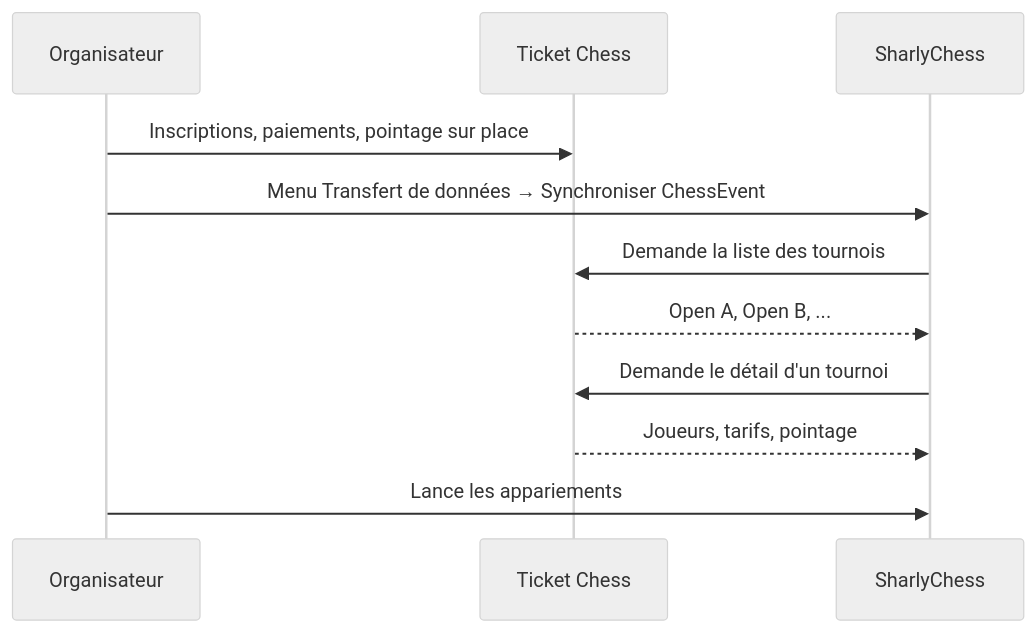
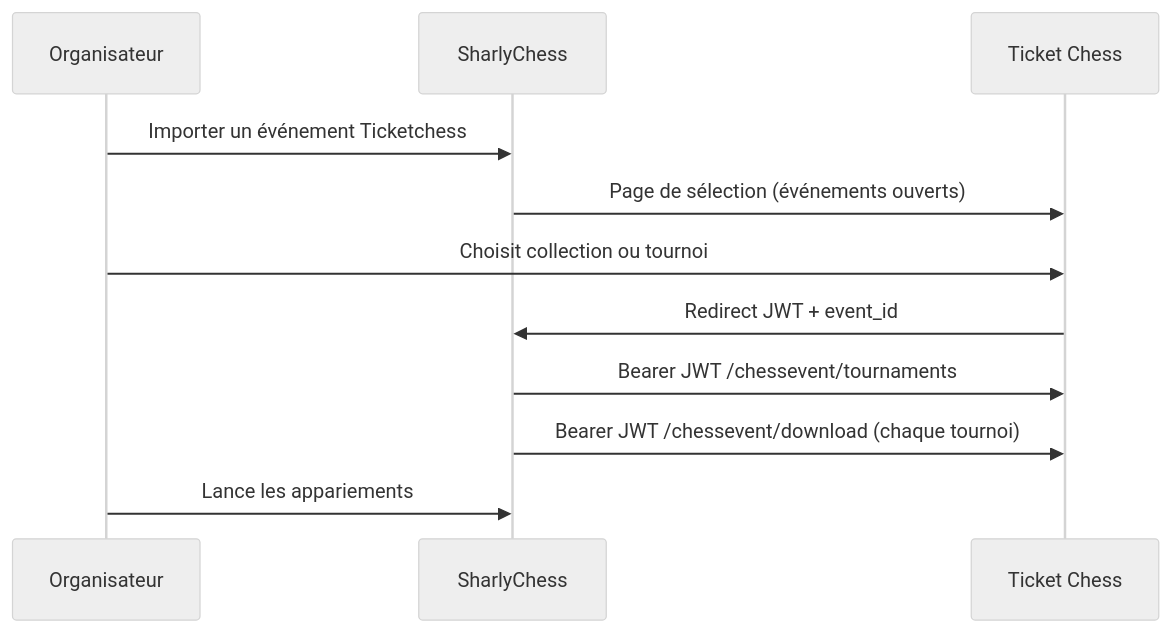
The diagram in src/main/doc/content/SYNCHRO_SHARLYCHESS.md (gcolin/ticketchess), drawn with Mermaid (neutral theme) before and after one commit. The commit also changed other lines of this file and 37 other files, not shown here.

Commit message:
Add Sharly event selection and JWT-secured ChessEvent import

````diff
--- a/src/main/doc/content/SYNCHRO_SHARLYCHESS.md
+++ b/src/main/doc/content/SYNCHRO_SHARLYCHESS.md
@@ -9,14 +9,14 @@
 ```mermaid
 sequenceDiagram
     participant Org as Organisateur
+    participant Sharly as SharlyChess
     participant TC as Ticket Chess
-    participant Sharly as SharlyChess
 
-    Org->>TC: Inscriptions, paiements, pointage sur place
-    Org->>Sharly: Menu Transfert de données → Synchroniser ChessEvent
-    Sharly->>TC: Demande la liste des tournois
-    TC-->>Sharly: Open A, Open B, ...
-    Sharly->>TC: Demande le détail d'un tournoi
-    TC-->>Sharly: Joueurs, tarifs, pointage
+    Org->>Sharly: Importer un événement Ticketchess
+    Sharly->>TC: Page de sélection (événements ouverts)
+    Org->>TC: Choisit collection ou tournoi
+    TC->>Sharly: Redirect JWT + event_id
+    Sharly->>TC: Bearer JWT /chessevent/tournaments
+    Sharly->>TC: Bearer JWT /chessevent/download (chaque tournoi)
     Org->>Sharly: Lance les appariements
 ```
````
